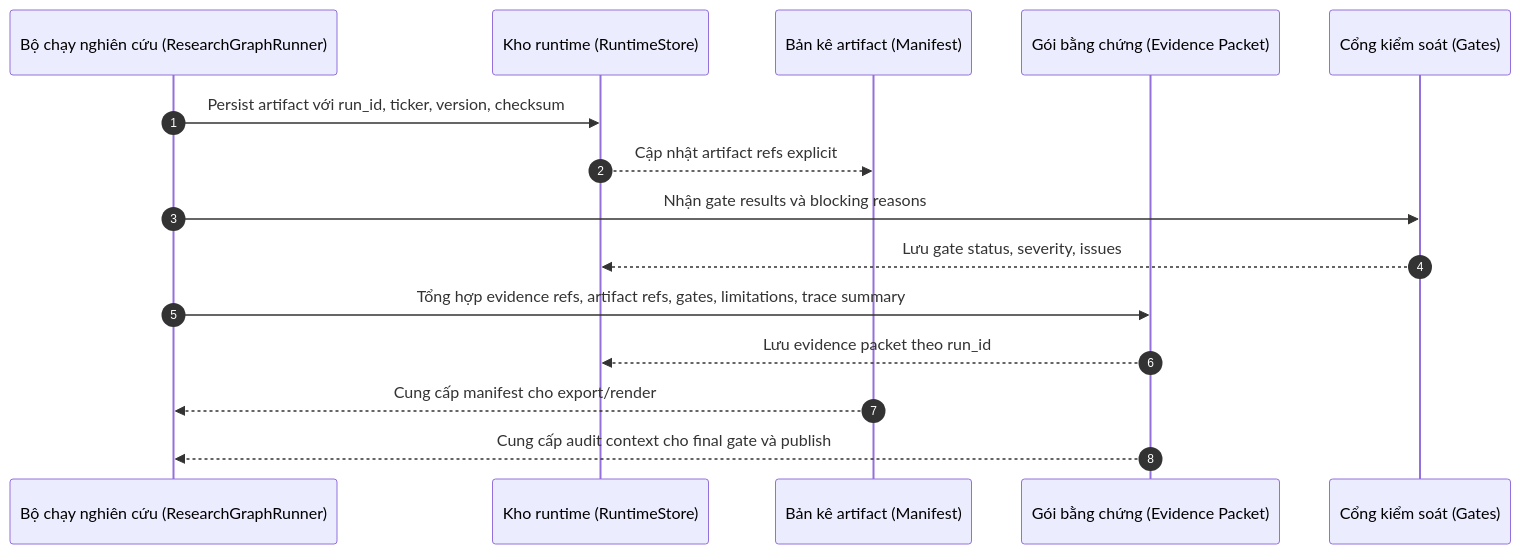
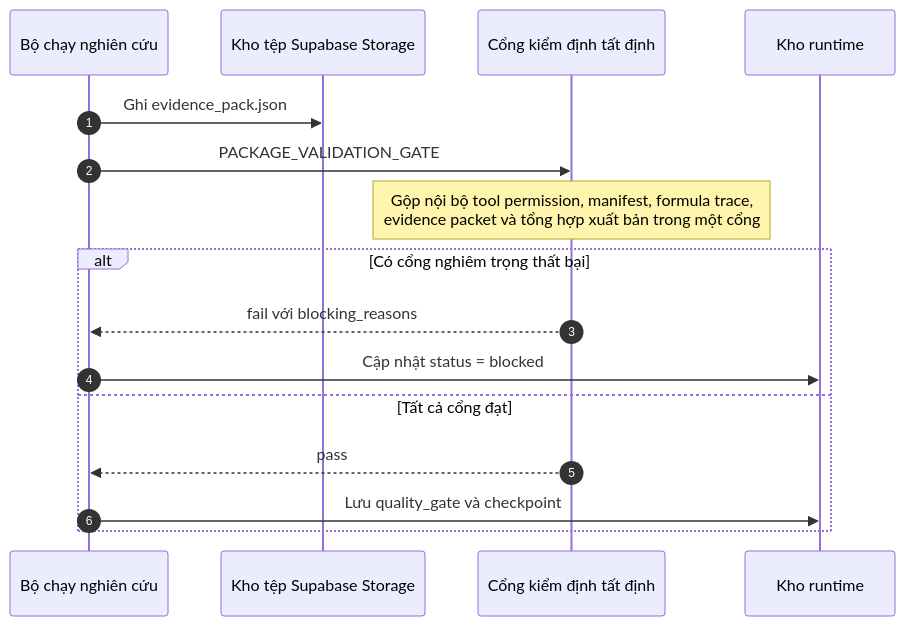
Diagram 13 of 24 in docs/SEQUENCE.md (haubelerche/equity-research-system), drawn with Mermaid before and after one commit. The commit also changed other lines of this file and 56 other files, not shown here.

````diff
--- a/docs/SEQUENCE.md
+++ b/docs/SEQUENCE.md
@@ -324,18 +371,19 @@
 ```mermaid
 sequenceDiagram
     autonumber
-    participant R as Bộ chạy nghiên cứu (ResearchGraphRunner)
-    participant S as Kho runtime (RuntimeStore)
-    participant M as Bản kê artifact (Manifest)
-    participant E as Gói bằng chứng (Evidence Packet)
-    participant G as Cổng kiểm soát (Gates)
+    participant R as Bộ chạy nghiên cứu
+    participant ST as Kho tệp Supabase Storage
+    participant G as Cổng kiểm định tất định
+    participant S as Kho runtime
 
-    R->>S: Persist artifact với run_id, ticker, version, checksum
-    S-->>M: Cập nhật artifact refs explicit
-    R->>G: Nhận gate results và blocking reasons
-    G-->>S: Lưu gate status, severity, issues
-    R->>E: Tổng hợp evidence refs, artifact refs, gates, limitations, trace summary
-    E-->>S: Lưu evidence packet theo run_id
-    M-->>R: Cung cấp manifest cho export/render
-    E-->>R: Cung cấp audit context cho final gate và publish
+    R->>ST: Ghi evidence_pack.json
+    R->>G: PACKAGE_VALIDATION_GATE
+    Note over G: Gộp nội bộ tool permission, manifest, formula trace,<br/>evidence packet và tổng hợp xuất bản trong một cổng
+    alt Có cổng nghiêm trọng thất bại
+        G-->>R: fail với blocking_reasons
+        R->>S: Cập nhật status = blocked
+    else Tất cả cổng đạt
+        G-->>R: pass
+        R->>S: Lưu quality_gate và checkpoint
+    end
 ```
````
